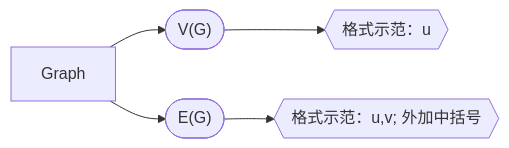
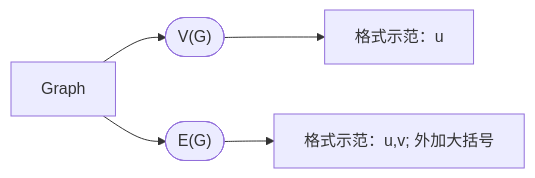
Before and after one commit to Joker-of-Gotham/Joker-of-Gotham.github.io: the diagram in docs/_posts/图论/Introduction_to_graph_theory/定义与案例/2025-07-08-《图论导论》定义与案例.md, drawn with Mermaid. The commit also changed other lines of this file and 19 other files, not shown here.

````diff
--- a/docs/_posts/图论/Introduction_to_graph_theory/定义与案例/2025-07-08-《图论导论》定义与案例.md
+++ b/docs/_posts/图论/Introduction_to_graph_theory/定义与案例/2025-07-08-《图论导论》定义与案例.md
@@ -12,7 +12,7 @@
-```mermaid
+<div class="mermaid">
 flowchart LR
     Graph --> vertices(["V(G)"])
     Graph --> edges(["E(G)"])
-    vertices --> ver_example{{"格式示范：u"}}
-    edges --> ed_examples{{"格式示范：u,v; 外加中括号"}}
-```
+    vertices --> ver_example["格式示范：u"]
+    edges --> ed_examples["格式示范：u,v; 外加大括号"]
+</div>
````
